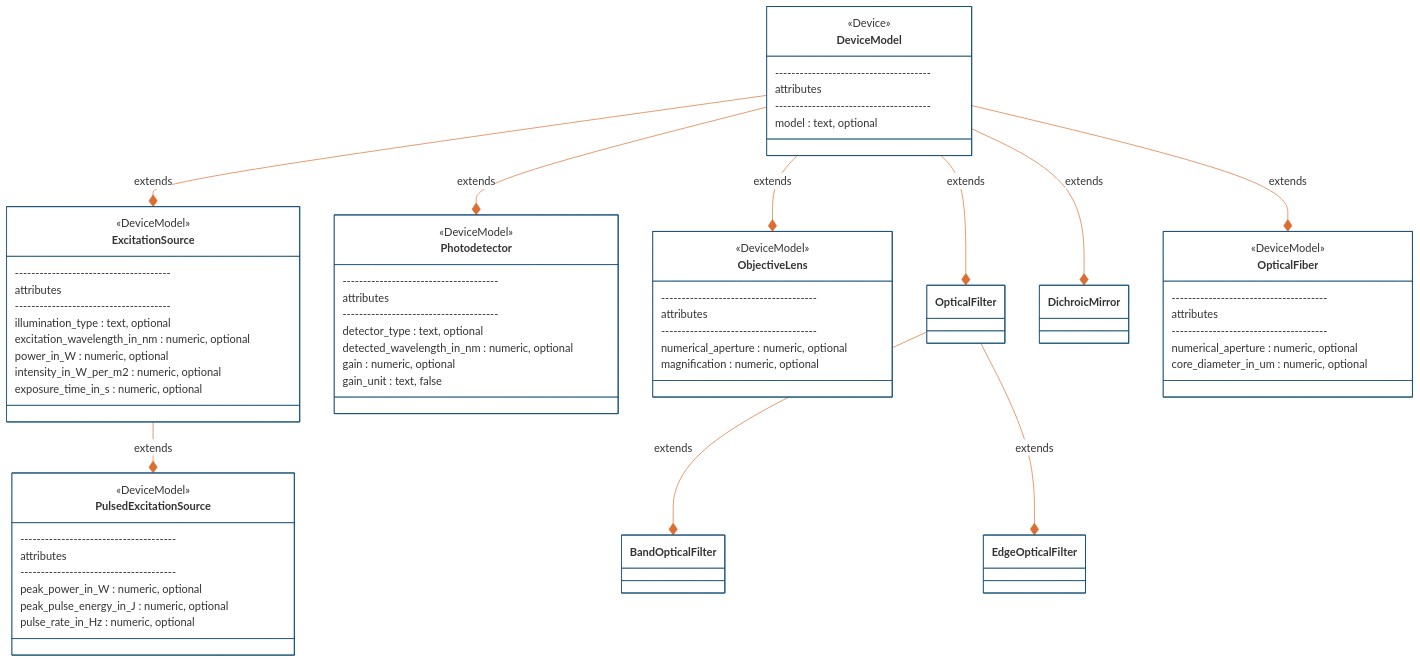
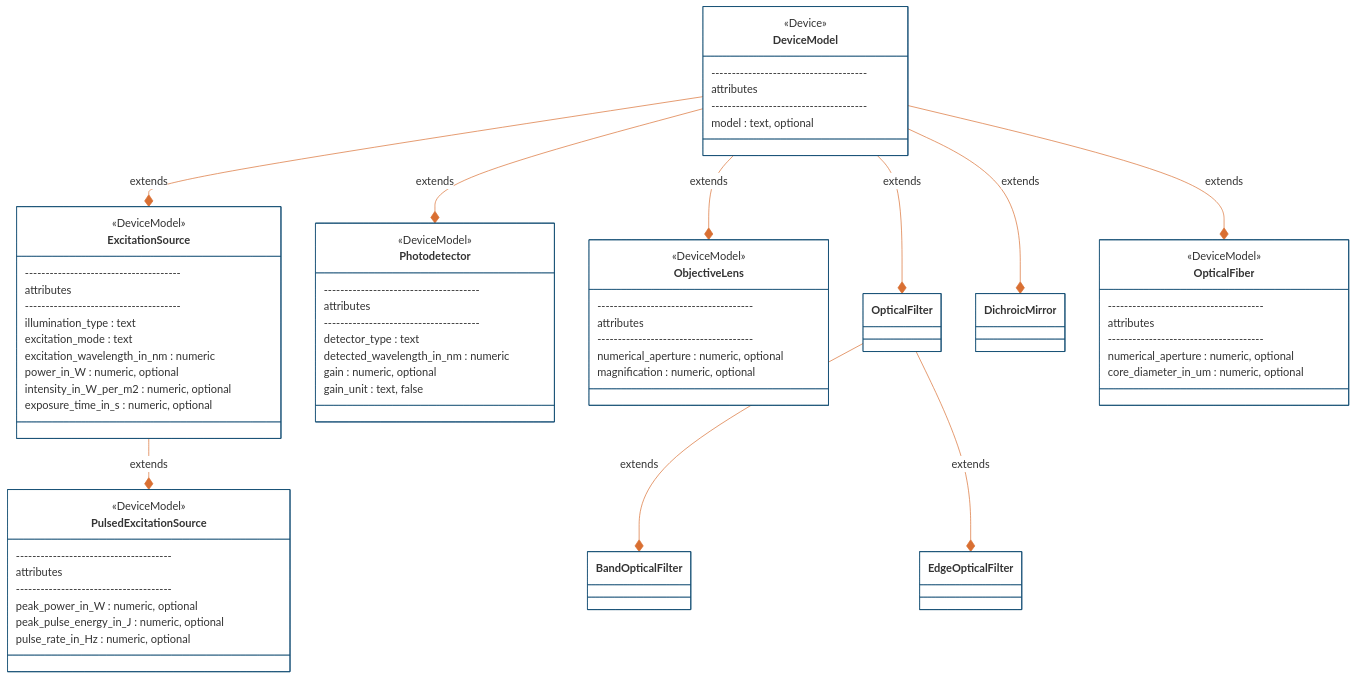
One commit to catalystneuro/ndx-ophys-devices changed the third of 3 diagrams in README.md. Above: the diagram before and after it, drawn with Mermaid. The commit also changed other lines of this file, not shown here.

Commit message:
Update README.md to include excitation_mode for excitation sources

````diff
--- a/README.md
+++ b/README.md
@@ -251,68 +253,69 @@
 ```mermaid
 %%{init: {'theme': 'base', 'themeVariables': {'primaryColor': '#ffffff', "primaryBorderColor': '#144E73', 'lineColor': '#D96F32'}}}%%
 classDiagram
     direction BT
     class DeviceModel{
         <<Device>>
         --------------------------------------
         attributes
         --------------------------------------
         model : text, optional
     }
     class ExcitationSource{
         <<DeviceModel>>
         --------------------------------------
         attributes
         --------------------------------------
-        illumination_type : text, optional
-        excitation_wavelength_in_nm : numeric, optional
+        illumination_type : text
+        excitation_mode : text
+        excitation_wavelength_in_nm : numeric
         power_in_W : numeric, optional
         intensity_in_W_per_m2 : numeric, optional
         exposure_time_in_s : numeric, optional
     }
     class PulsedExcitationSource{
         <<DeviceModel>>
         --------------------------------------
         attributes
         --------------------------------------
         peak_power_in_W : numeric, optional
         peak_pulse_energy_in_J : numeric, optional
         pulse_rate_in_Hz : numeric, optional
     }
     class Photodetector{
         <<DeviceModel>>
         --------------------------------------
         attributes
         --------------------------------------
-        detector_type : text, optional
-        detected_wavelength_in_nm : numeric, optional
+        detector_type : text
+        detected_wavelength_in_nm : numeric
         gain : numeric, optional
         gain_unit : text, false
     }
     class ObjectiveLens{
         <<DeviceModel>>
         --------------------------------------
         attributes
         --------------------------------------
         numerical_aperture : numeric, optional
         magnification : numeric, optional
     }
     class OpticalFiber{
         <<DeviceModel>>
         --------------------------------------
         attributes
         --------------------------------------
         numerical_aperture : numeric, optional
         core_diameter_in_um : numeric, optional
     }
     
     ExcitationSource *-- DeviceModel : extends
     PulsedExcitationSource *-- ExcitationSource : extends
     Photodetector *-- DeviceModel : extends
     ObjectiveLens *-- DeviceModel : extends
     OpticalFilter *-- DeviceModel : extends
     BandOpticalFilter *-- OpticalFilter : extends
     EdgeOpticalFilter *-- OpticalFilter : extends
     DichroicMirror *-- DeviceModel : extends
     OpticalFiber *-- DeviceModel : extends
 ```
````
